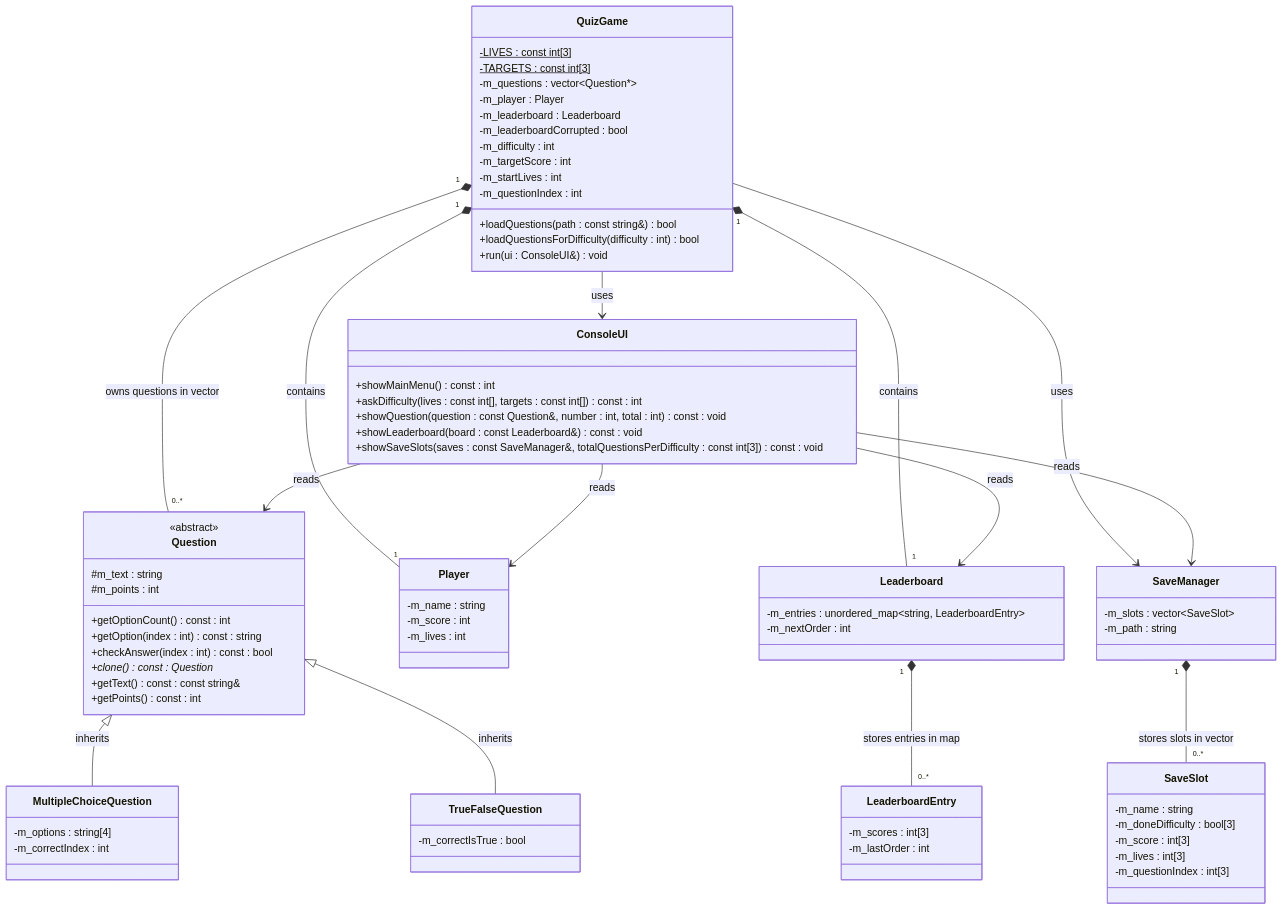
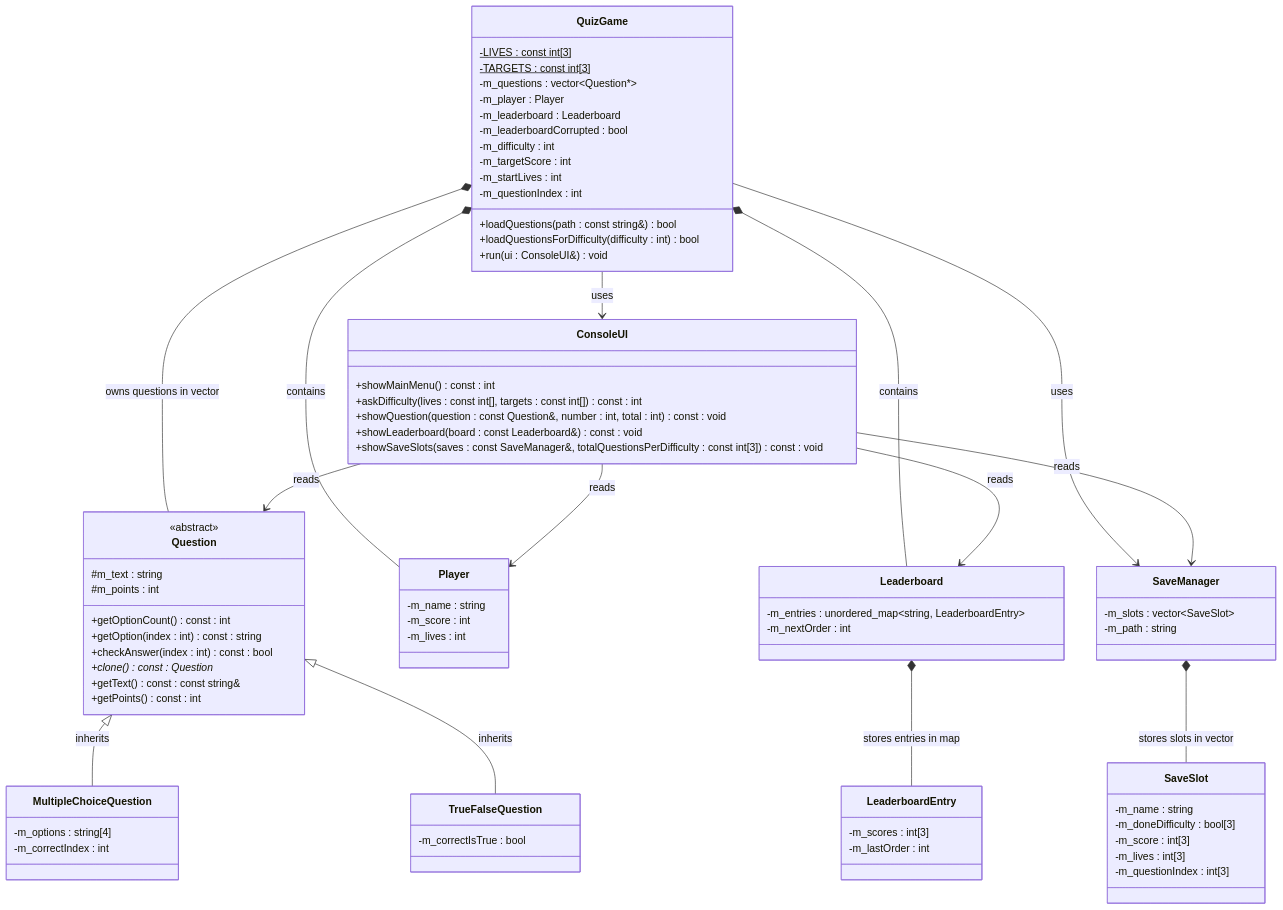
One commit to xGota7/Oop-Final-Project changed the diagram in README.md. Above: the diagram before and after it, drawn with Mermaid. The commit also changed 6 other files, not shown here.

```diff
--- a/README.md
+++ b/README.md
@@ -234,11 +234,11 @@
     Question <|-- MultipleChoiceQuestion : inherits
     Question <|-- TrueFalseQuestion : inherits
 
-    QuizGame "1" *-- "0..*" Question : owns questions in vector
-    QuizGame "1" *-- "1" Player : contains
-    QuizGame "1" *-- "1" Leaderboard : contains
-    Leaderboard "1" *-- "0..*" LeaderboardEntry : stores entries in map
-    SaveManager "1" *-- "0..*" SaveSlot : stores slots in vector
+    QuizGame  *--  Question : owns questions in vector
+    QuizGame  *--  Player : contains
+    QuizGame  *--  Leaderboard : contains
+    Leaderboard  *--  LeaderboardEntry : stores entries in map
+    SaveManager  *--  SaveSlot : stores slots in vector
 
     QuizGame --> SaveManager : uses
     QuizGame --> ConsoleUI : uses
```
